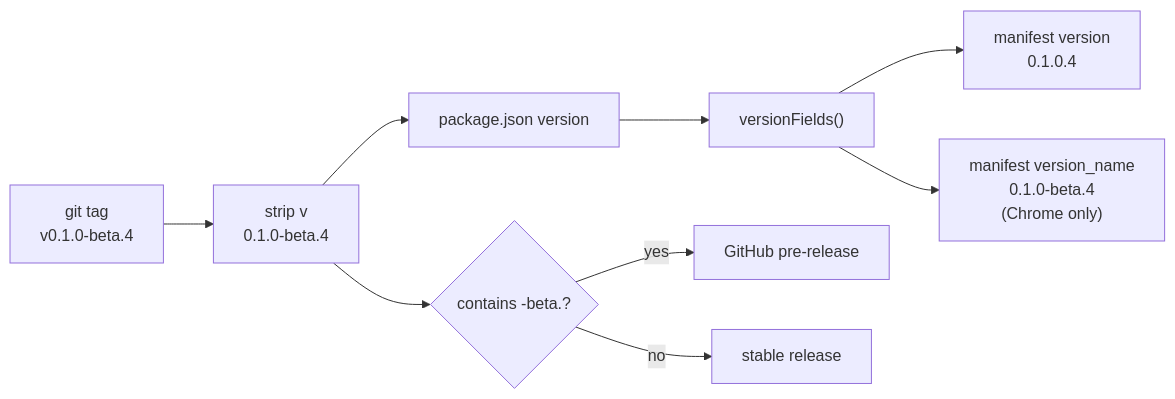
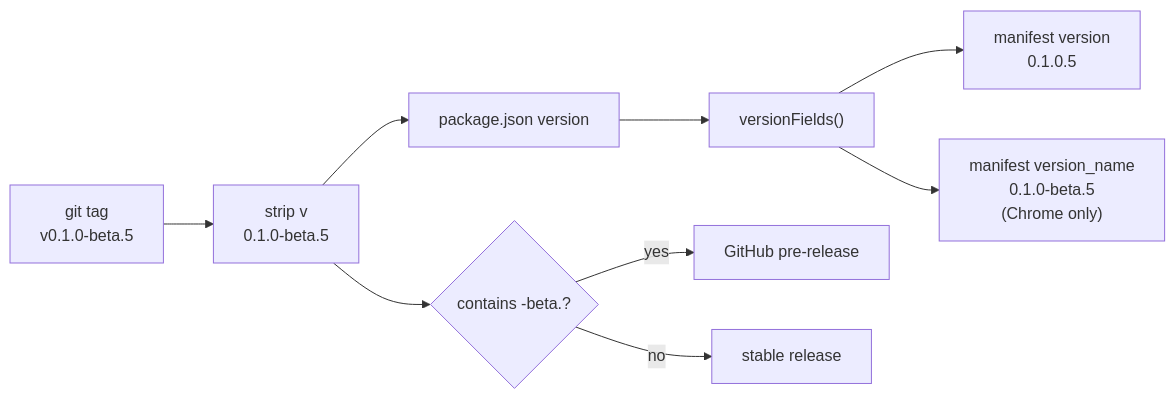
The first of 2 diagrams in docs/releasing.md (abdullahkhfb/narrately), drawn with Mermaid before and after one commit. The commit also changed other lines of this file and 11 other files, not shown here.

````diff
--- a/docs/releasing.md
+++ b/docs/releasing.md
@@ -19,11 +19,11 @@
 ```mermaid
 flowchart LR
-    tag["git tag<br/>v0.1.0-beta.4"] --> strip["strip v<br/>0.1.0-beta.4"]
+    tag["git tag<br/>v0.1.0-beta.5"] --> strip["strip v<br/>0.1.0-beta.5"]
     strip --> npm["package.json version"]
     npm --> mf["versionFields()"]
-    mf --> ver["manifest version<br/>0.1.0.4"]
-    mf --> name["manifest version_name<br/>0.1.0-beta.4<br/>(Chrome only)"]
+    mf --> ver["manifest version<br/>0.1.0.5"]
+    mf --> name["manifest version_name<br/>0.1.0-beta.5<br/>(Chrome only)"]
     strip --> pre{"contains -beta.?"}
     pre -- yes --> prerelease["GitHub pre-release"]
     pre -- no --> stable["stable release"]
 ```
````
